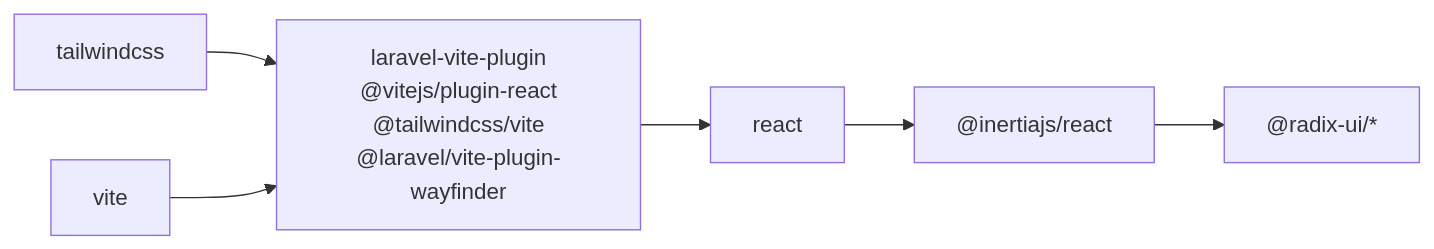
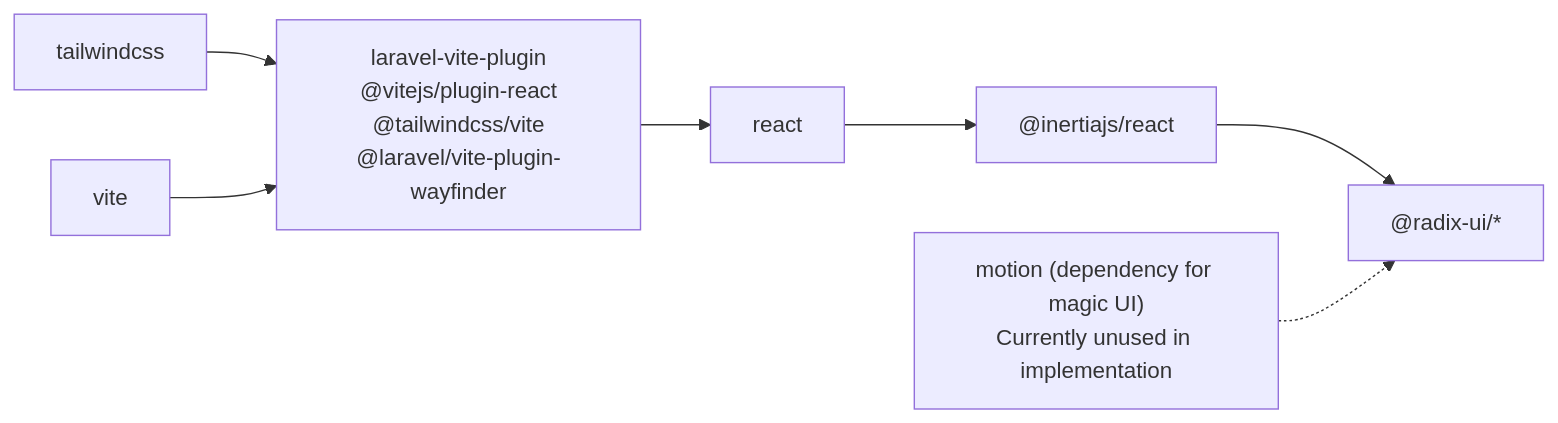
The eighth of 8 diagrams in .qoder/repowiki/en/content/Frontend Architecture/Frontend Architecture.md (PA-Penajam/kepegawaian_apps), drawn with Mermaid before and after one commit. The commit also changed other lines of this file and 22 other files, not shown here.

````diff
--- a/.qoder/repowiki/en/content/Frontend Architecture/Frontend Architecture.md
+++ b/.qoder/repowiki/en/content/Frontend Architecture/Frontend Architecture.md
@@ -324,14 +354,16 @@
 ```mermaid
 graph LR
 React["react"]
 Inertia["@inertiajs/react"]
 Radix["@radix-ui/*"]
 Tailwind["tailwindcss"]
 Vite["vite"]
 Plugins["laravel-vite-plugin<br/>@vitejs/plugin-react<br/>@tailwindcss/vite<br/>@laravel/vite-plugin-wayfinder"]
+Motion["motion (dependency for magic UI)<br/>Currently unused in implementation"]
 React --> Inertia
 Inertia --> Radix
 Tailwind --> Plugins
 Vite --> Plugins
 Plugins --> React
+Motion -.-> Radix
 ```
````
